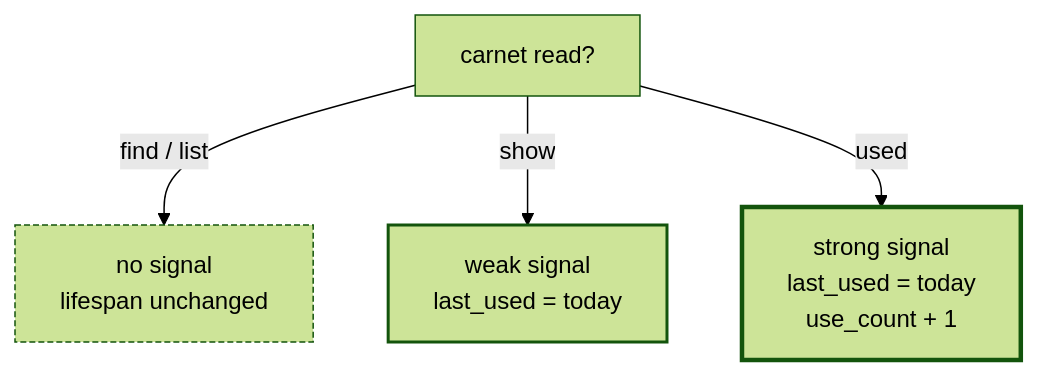
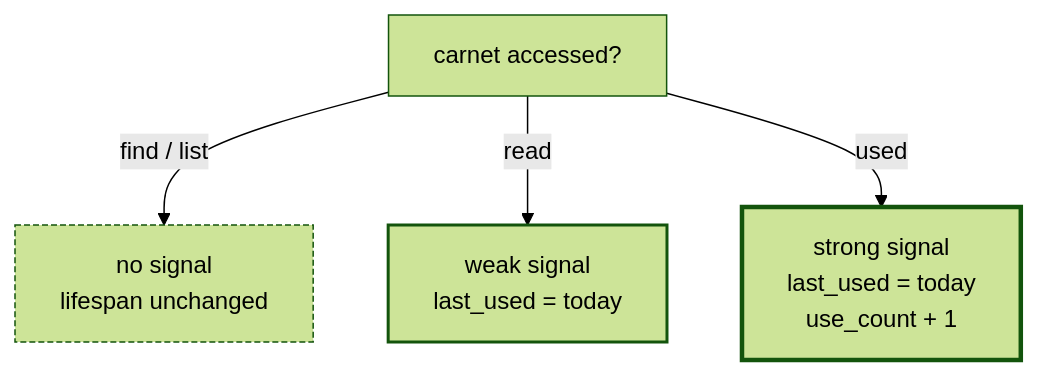
The second of 2 diagrams in README.md (yamadashy/agent-carnet), drawn with Mermaid (forest theme) before and after one commit. The commit also changed other lines of this file and 14 other files, not shown here.

First line of the commit message:
feat(cli)!: rename `show` → `read`, surface use_count in find output (v0.1.4)

````diff
--- a/README.md
+++ b/README.md
@@ -111,10 +111,10 @@
 ```mermaid
 flowchart TB
-    A[carnet read?] -->|find / list| B[no signal<br/>lifespan unchanged]
-    A -->|show| C[weak signal<br/>last_used = today]
+    A[carnet accessed?] -->|find / list| B[no signal<br/>lifespan unchanged]
+    A -->|read| C[weak signal<br/>last_used = today]
     A -->|used| D[strong signal<br/>last_used = today<br/>use_count + 1]
 
     style B stroke-dasharray: 4 2
     style C stroke-width:2px
     style D stroke-width:3px
 ```
````
